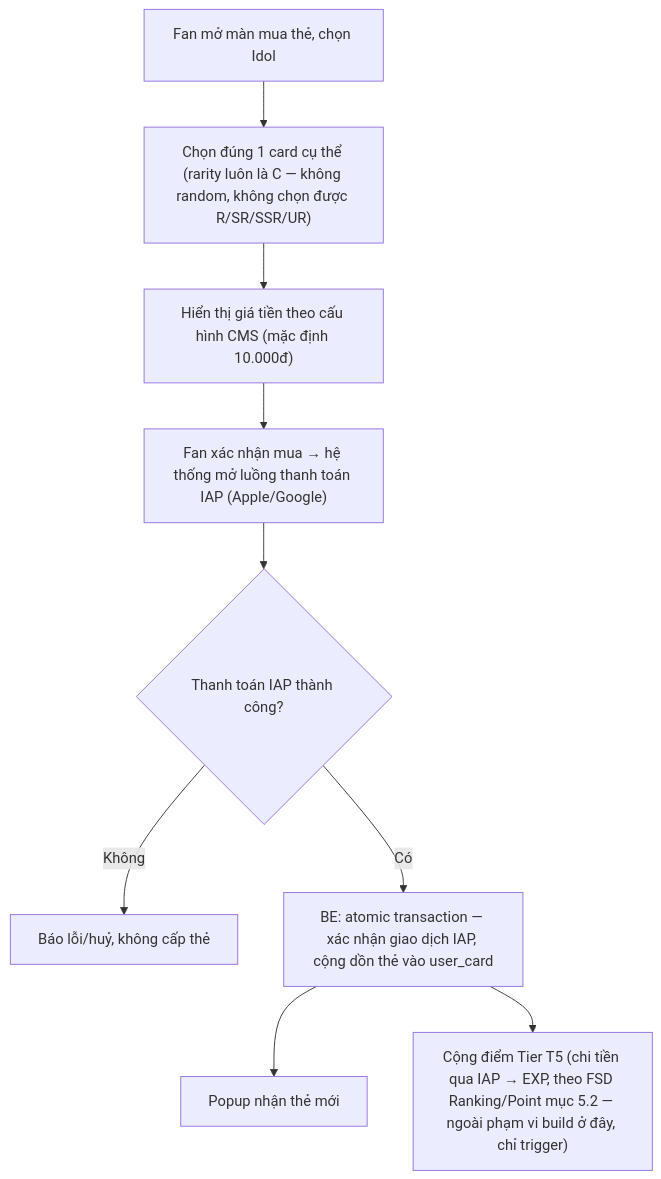
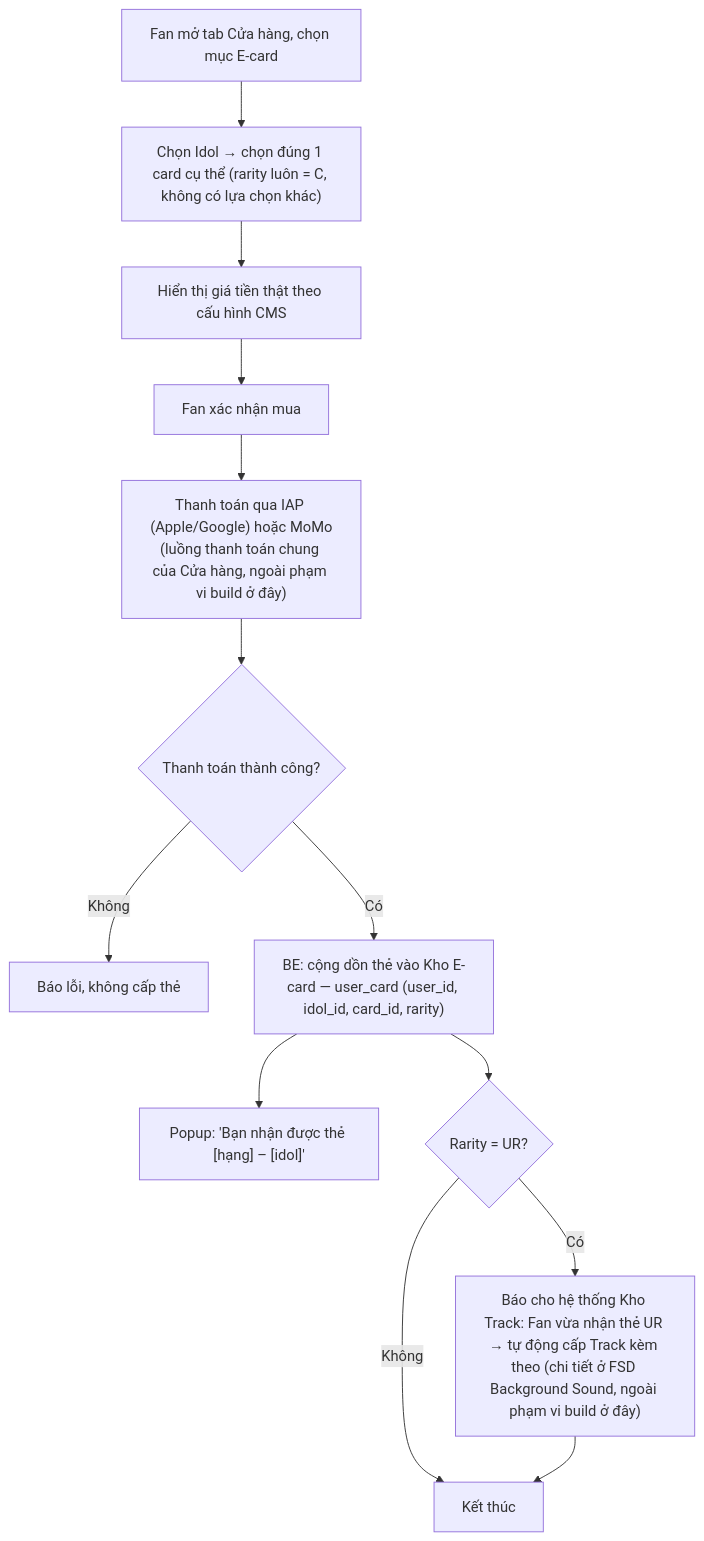
Before and after one commit to chrishieu/fana-analysis: the first of 2 diagrams in FSD_mvp2_Ecard_Collect_Burn.md, drawn with Mermaid. The commit also changed other lines of this file, not shown here.

Commit message:
Chốt lại cơ chế E-card theo giấy phép game (17/08/2026): bỏ nguồn nhận thẻ qua mission, chuyển toàn bộ Collect sang mua bằng tiền thật tại Cửa hàng; Gộp R nâng tỷ lệ 20%→100%; loại bỏ nhánh Đổi vật phẩm và claim quà rank-up bằng E-card; tạm deactive rarity SSR/UR trong MVP2.

````diff
--- a/FSD_mvp2_Ecard_Collect_Burn.md
+++ b/FSD_mvp2_Ecard_Collect_Burn.md
@@ -119,11 +92,15 @@
 ```mermaid
 flowchart TD
-    A["Fan mở màn mua thẻ, chọn Idol"] --> B["Chọn đúng 1 card cụ thể (rarity luôn là C — không random, không chọn được R/SR/SSR/UR)"]
-    B --> C["Hiển thị giá tiền theo cấu hình CMS (mặc định 10.000đ)"]
-    C --> D["Fan xác nhận mua → hệ thống mở luồng thanh toán IAP (Apple/Google)"]
-    D --> E{"Thanh toán IAP thành công?"}
-    E -- Không --> F["Báo lỗi/huỷ, không cấp thẻ"]
-    E -- Có --> G["BE: atomic transaction — xác nhận giao dịch IAP, cộng dồn thẻ vào user_card"]
-    G --> H["Popup nhận thẻ mới"]
-    G --> I["Cộng điểm Tier T5 (chi tiền qua IAP → EXP, theo FSD Ranking/Point mục 5.2 — ngoài phạm vi build ở đây, chỉ trigger)"]
+    A["Fan mở tab Cửa hàng, chọn mục E-card"] --> B["Chọn Idol → chọn đúng 1 card cụ thể (rarity luôn = C, không có lựa chọn khác)"]
+    B --> C["Hiển thị giá tiền thật theo cấu hình CMS"]
+    C --> D["Fan xác nhận mua"]
+    D --> E["Thanh toán qua IAP (Apple/Google) hoặc MoMo<br/>(luồng thanh toán chung của Cửa hàng, ngoài phạm vi build ở đây)"]
+    E --> F{"Thanh toán thành công?"}
+    F -- Không --> G["Báo lỗi, không cấp thẻ"]
+    F -- Có --> H["BE: cộng dồn thẻ vào Kho E-card — user_card (user_id, idol_id, card_id, rarity)"]
+    H --> I["Popup: 'Bạn nhận được thẻ [hạng] – [idol]'"]
+    H --> J{"Rarity = UR?"}
+    J -- Có --> K["Báo cho hệ thống Kho Track: Fan vừa nhận thẻ UR → tự động cấp Track kèm theo (chi tiết ở FSD Background Sound, ngoài phạm vi build ở đây)"]
+    J -- Không --> L["Kết thúc"]
+    K --> L
 ```
````
